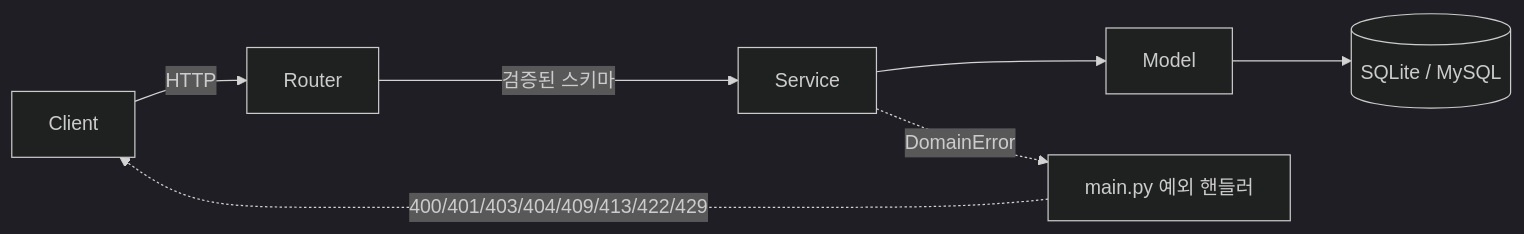
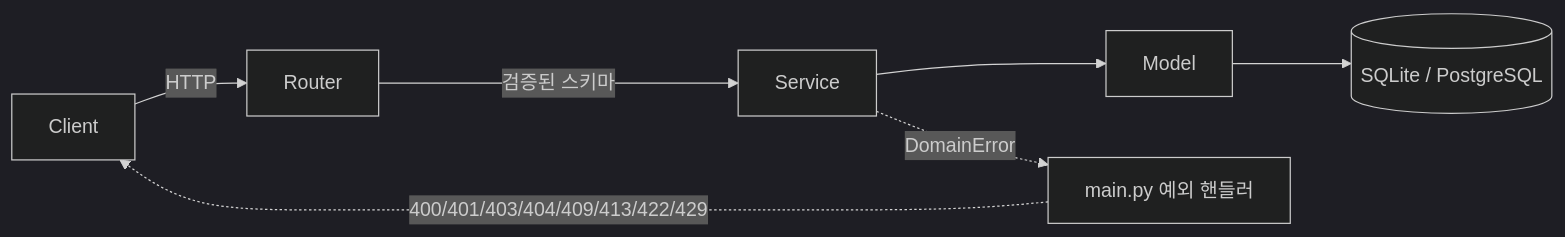
One commit to kim123-dev/campus-books changed the first of 4 diagrams in README.md. Above: the diagram before and after it, drawn with Mermaid (dark theme). The commit also changed other lines of this file, not shown here.

````diff
--- a/README.md
+++ b/README.md
@@ -136,9 +147,9 @@
 ```mermaid
 flowchart LR
     Client -->|HTTP| Router
     Router -->|검증된 스키마| Service
     Service --> Model
-    Model --> DB[(SQLite / MySQL)]
+    Model --> DB[(SQLite / PostgreSQL)]
     Service -.->|DomainError| Handler[main.py 예외 핸들러]
     Handler -.->|400/401/403/404/409/413/422/429| Client
 ```
````
